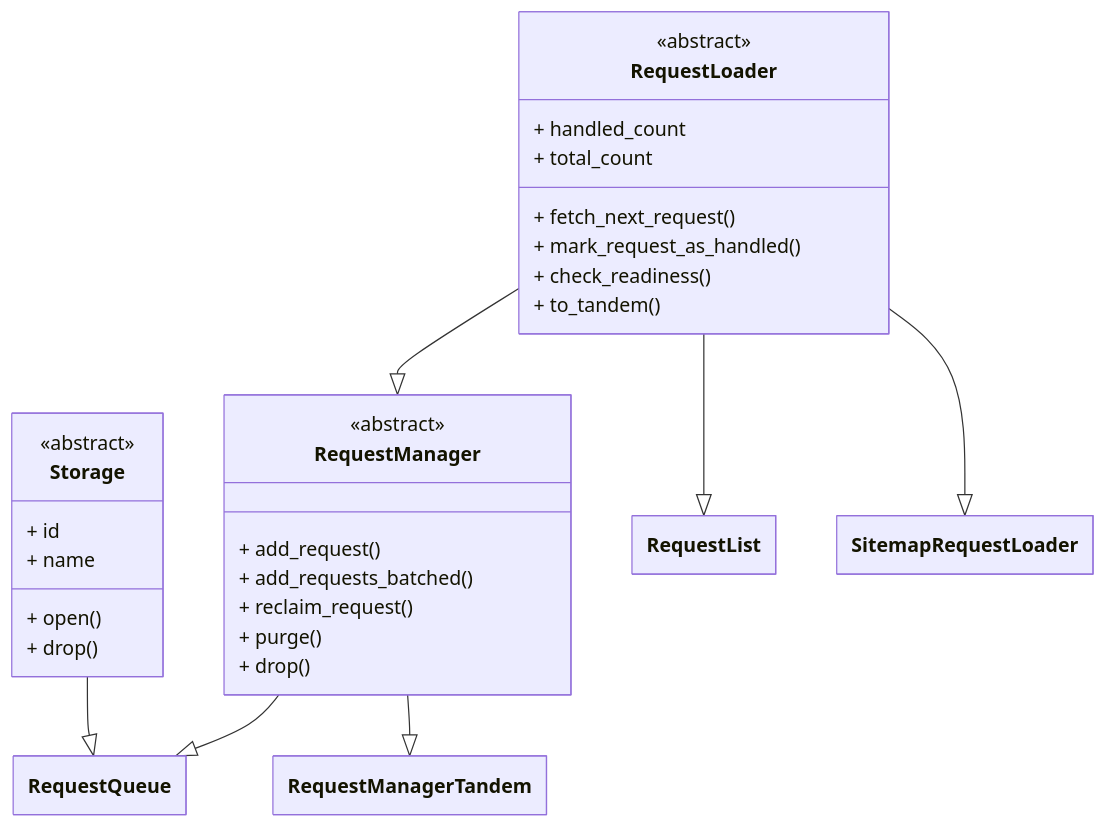
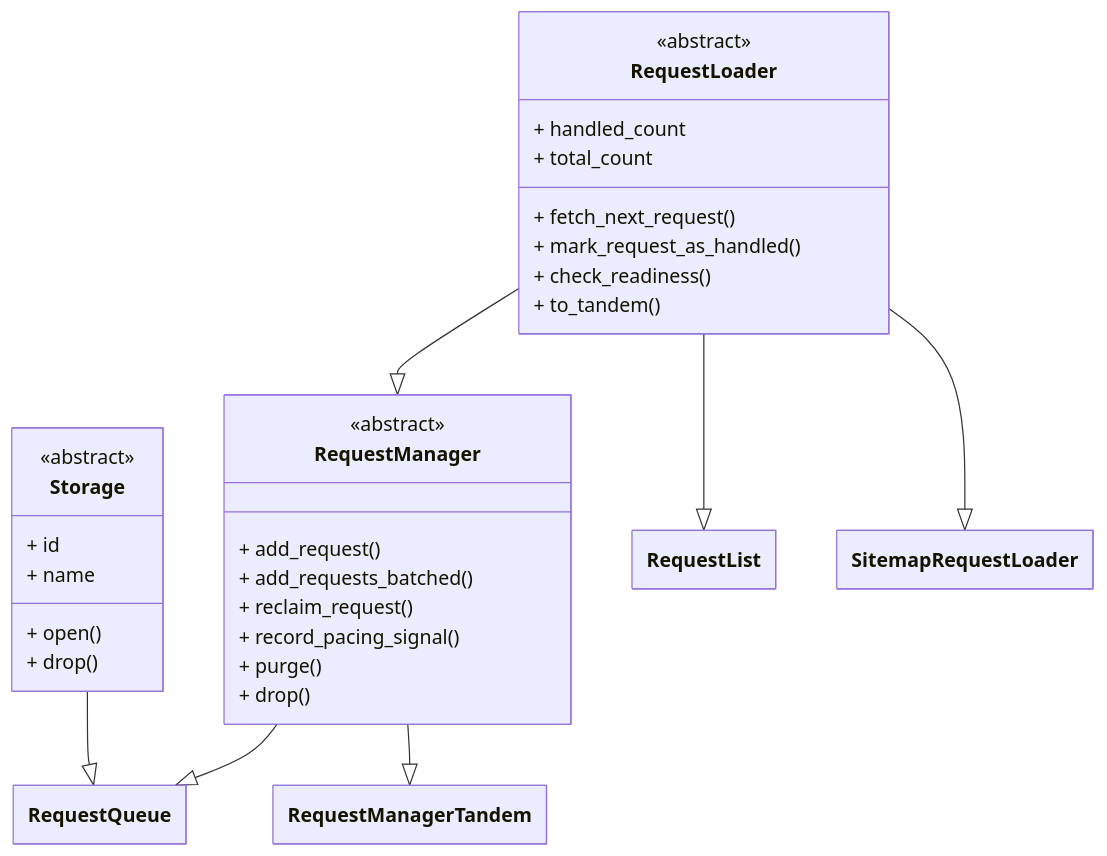
The diagram in docs/guides/request_loaders.mdx (apify/crawlee-python), drawn with Mermaid before and after one commit. The commit also changed other lines of this file and 19 other files, not shown here.

````diff
--- a/docs/guides/request_loaders.mdx
+++ b/docs/guides/request_loaders.mdx
@@ -38,64 +38,65 @@
 ```mermaid
 ---
 config:
     class:
         hideEmptyMembersBox: true
 ---
 
 classDiagram
 
 %% ========================
 %% Abstract classes
 %% ========================
 
 class Storage {
     <<abstract>>
     + id
     + name
     + open()
     + drop()
 }
 
 class RequestLoader {
     <<abstract>>
     + handled_count
     + total_count
     + fetch_next_request()
     + mark_request_as_handled()
     + check_readiness()
     + to_tandem()
 }
 
 class RequestManager {
     <<abstract>>
     + add_request()
     + add_requests_batched()
     + reclaim_request()
+    + record_pacing_signal()
     + purge()
     + drop()
 }
 
 %% ========================
 %% Specific classes
 %% ========================
 
 class RequestQueue
 
 class RequestList
 
 class SitemapRequestLoader
 
 class RequestManagerTandem
 
 %% ========================
 %% Inheritance arrows
 %% ========================
 
 Storage --|> RequestQueue
 RequestManager --|> RequestQueue
 
 RequestLoader --|> RequestManager
 RequestLoader --|> RequestList
 RequestLoader --|> SitemapRequestLoader
 RequestManager --|> RequestManagerTandem
 ```
````
